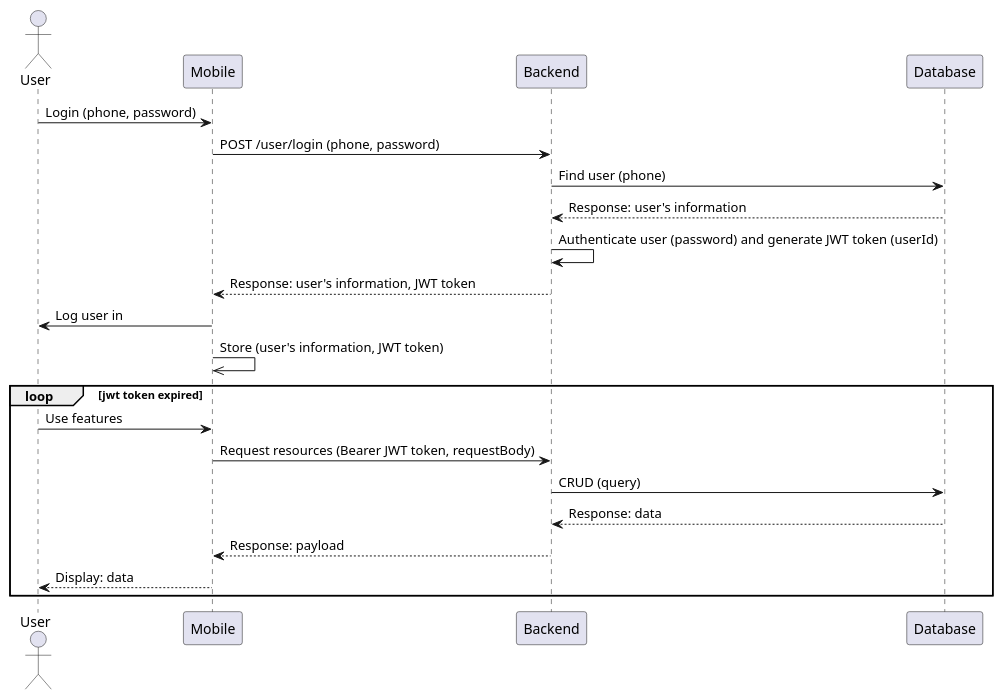
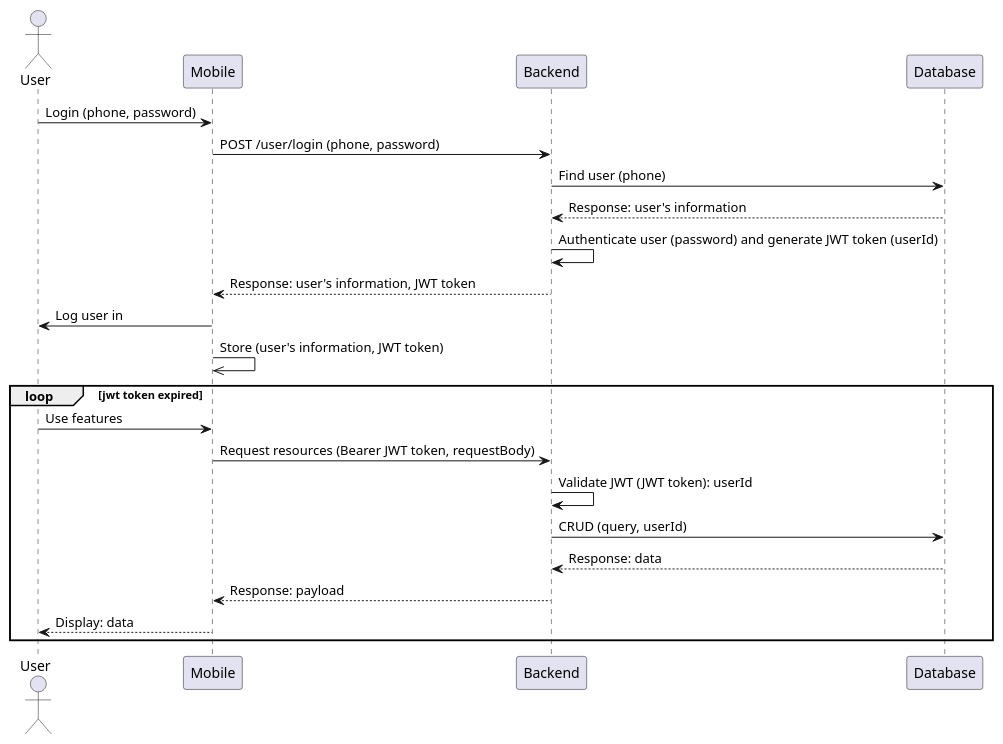
One commit to miketuannguyen/PizzaApp-PYCO changed the diagram in diagrams/loginSequenceDiagram.wsd. Above: the diagram before and after it, drawn with PlantUML.

Commit message:
fix login seq diagram

```diff
--- a/diagrams/loginSequenceDiagram.wsd
+++ b/diagrams/loginSequenceDiagram.wsd
@@ -1,19 +1,20 @@
 @startuml
 actor User
 User -> Mobile: Login (phone, password)
 Mobile -> Backend: POST /user/login (phone, password)
 Backend -> Database: Find user (phone)
 Database --> Backend: Response: user's information
 Backend -> Backend: Authenticate user (password) and generate JWT token (userId)
 Backend --> Mobile: Response: user's information, JWT token
 Mobile -> User: Log user in
 Mobile ->> Mobile: Store (user's information, JWT token)
 loop jwt token expired
   User -> Mobile: Use features
   Mobile -> Backend: Request resources (Bearer JWT token, requestBody)
-  Backend -> Database: CRUD (query)
+  Backend -> Backend: Validate JWT (JWT token): userId
+  Backend -> Database: CRUD (query, userId)
   Database --> Backend: Response: data
   Backend --> Mobile: Response: payload
   Mobile --> User: Display: data
 end
 @enduml
```
